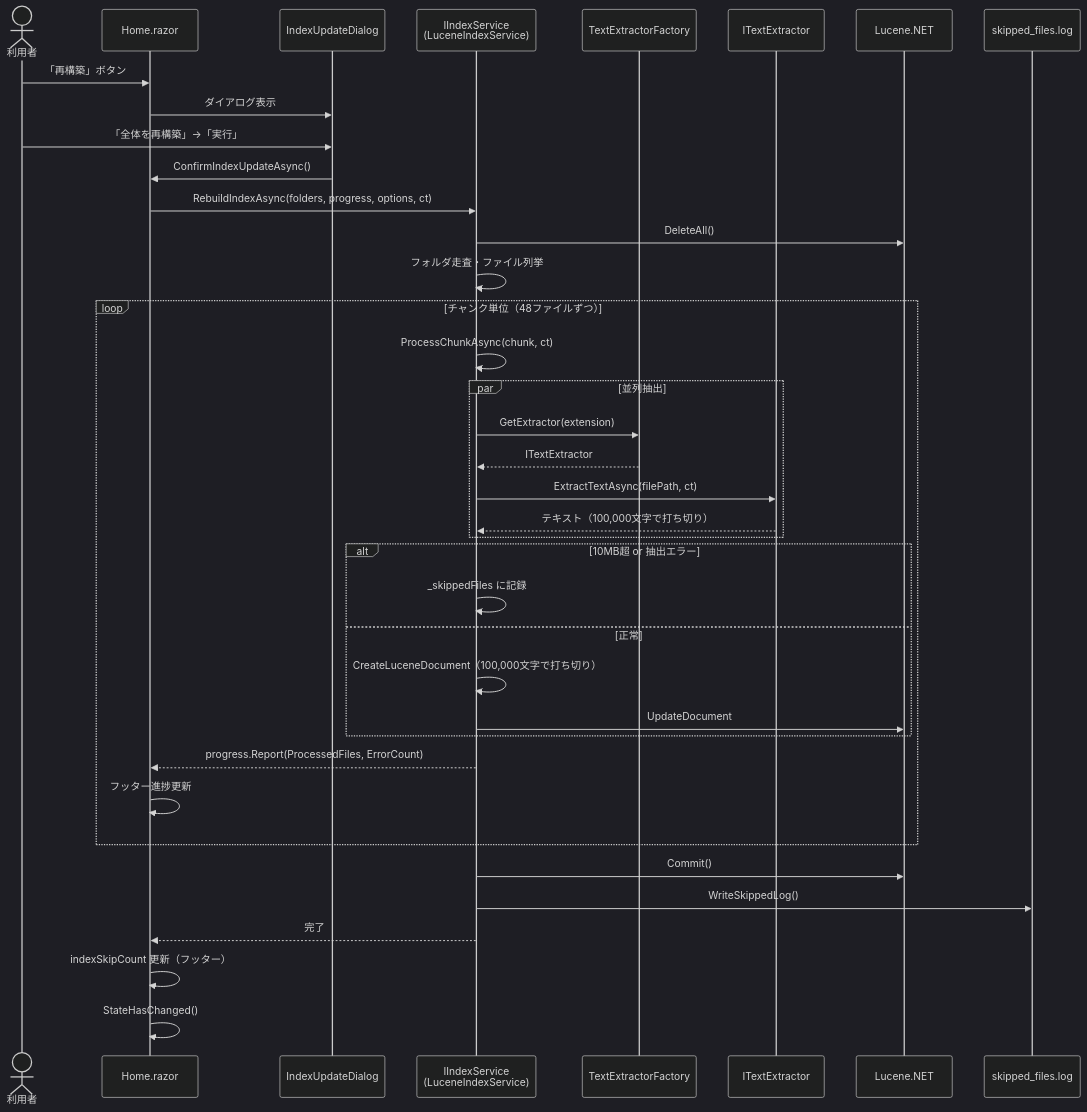
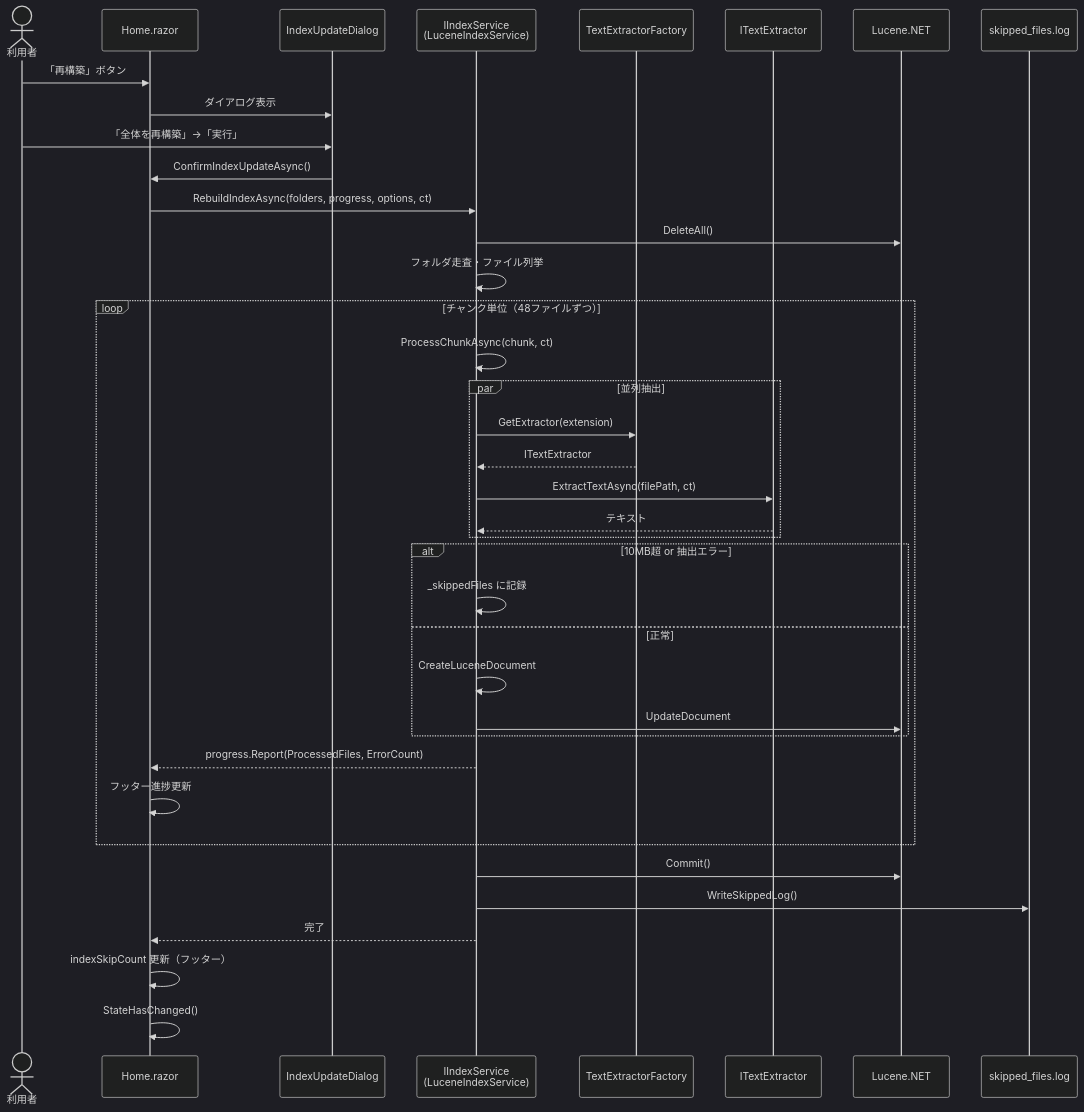
The seventh of 15 diagrams in docs/UML図.md (zndmonya-dot/FileSearchApp-), drawn with Mermaid (dark theme) before and after one commit. The commit also changed other lines of this file and 82 other files, not shown here.

````diff
--- a/docs/UML図.md
+++ b/docs/UML図.md
@@ -455,47 +450,47 @@
 ```mermaid
 sequenceDiagram
     actor User as 利用者
     participant Home as Home.razor
     participant Dialog as IndexUpdateDialog
     participant Index as IIndexService<br/>(LuceneIndexService)
     participant Factory as TextExtractorFactory
     participant Ext as ITextExtractor
     participant Lucene as Lucene.NET
     participant Log as skipped_files.log
 
     User->>Home: 「再構築」ボタン
     Home->>Dialog: ダイアログ表示
     User->>Dialog: 「全体を再構築」→「実行」
     Dialog->>Home: ConfirmIndexUpdateAsync()
     Home->>Index: RebuildIndexAsync(folders, progress, options, ct)
     Index->>Lucene: DeleteAll()
     Index->>Index: フォルダ走査・ファイル列挙
 
     loop チャンク単位（48ファイルずつ）
         Index->>Index: ProcessChunkAsync(chunk, ct)
 
         par 並列抽出
             Index->>Factory: GetExtractor(extension)
             Factory-->>Index: ITextExtractor
             Index->>Ext: ExtractTextAsync(filePath, ct)
-            Ext-->>Index: テキスト（100,000文字で打ち切り）
+            Ext-->>Index: テキスト
         end
 
         alt 10MB超 or 抽出エラー
             Index->>Index: _skippedFiles に記録
         else 正常
-            Index->>Index: CreateLuceneDocument（100,000文字で打ち切り）
+            Index->>Index: CreateLuceneDocument
             Index->>Lucene: UpdateDocument
         end
 
         Index-->>Home: progress.Report(ProcessedFiles, ErrorCount)
         Home->>Home: フッター進捗更新
     end
 
     Index->>Lucene: Commit()
     Index->>Log: WriteSkippedLog()
     Index-->>Home: 完了
 
     Home->>Home: indexSkipCount 更新（フッター）
     Home->>Home: StateHasChanged()
 ```
````
